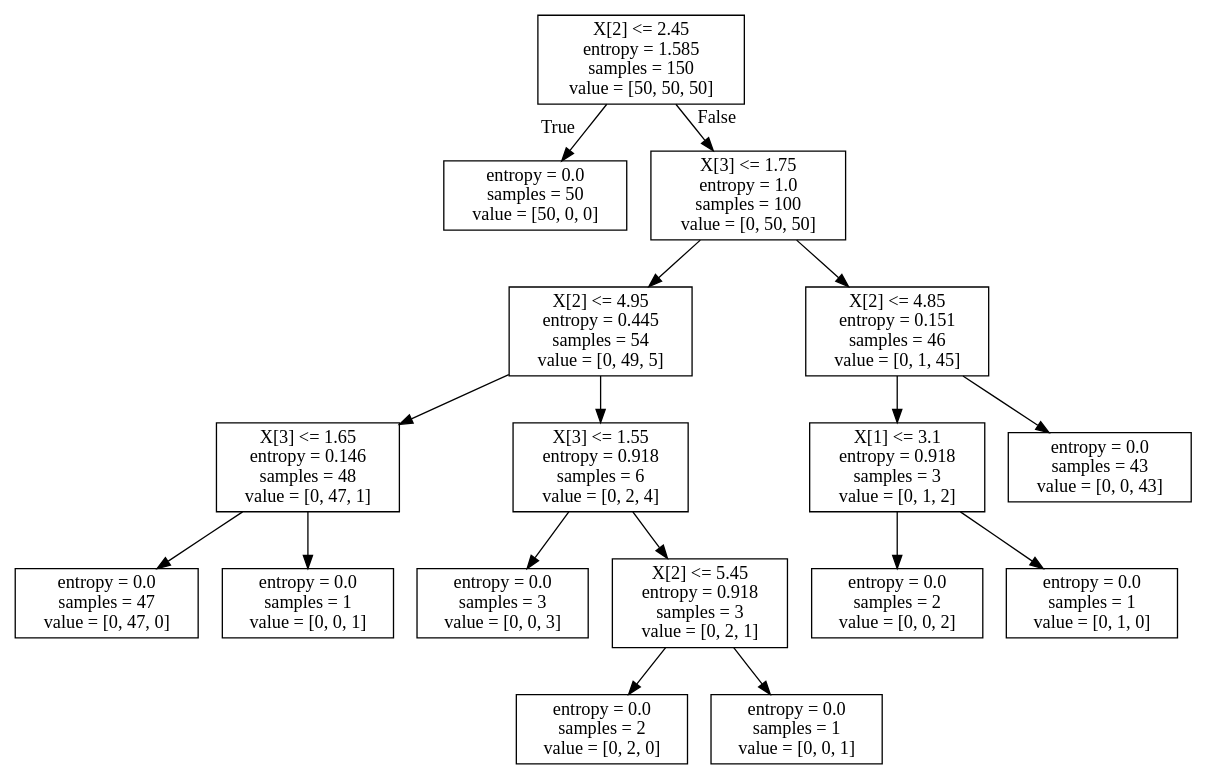
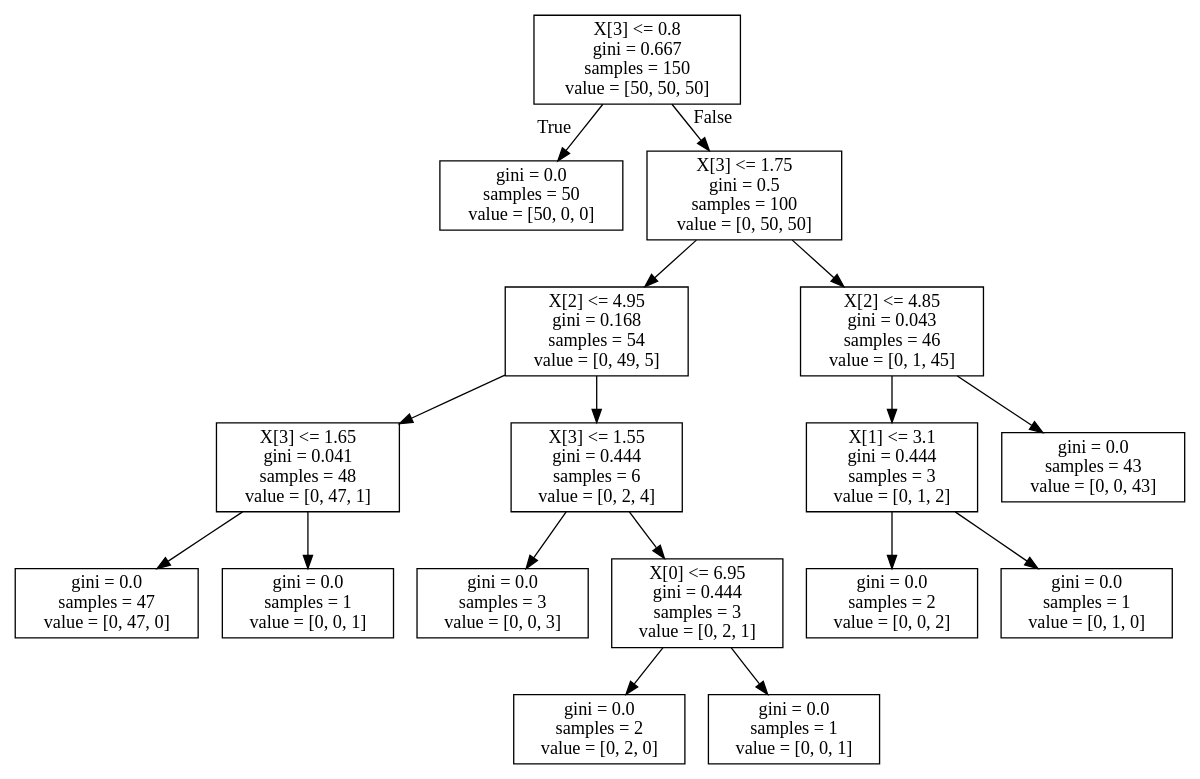
One commit to caobinxin/AiLearningAlgorithm changed the diagram in 01.decision_tree/code/0_DT_Tree/tree.dot. Above: the diagram before and after it, drawn with Graphviz. The commit also changed 38 other files, not shown here.

```diff
--- a/01.decision_tree/code/0_DT_Tree/tree.dot
+++ b/01.decision_tree/code/0_DT_Tree/tree.dot
@@ -1,36 +1,36 @@
 digraph Tree {
 node [shape=box] ;
-0 [label="X[2] <= 2.45\nentropy = 1.585\nsamples = 150\nvalue = [50, 50, 50]"] ;
-1 [label="entropy = 0.0\nsamples = 50\nvalue = [50, 0, 0]"] ;
+0 [label="X[3] <= 0.8\ngini = 0.667\nsamples = 150\nvalue = [50, 50, 50]"] ;
+1 [label="gini = 0.0\nsamples = 50\nvalue = [50, 0, 0]"] ;
 0 -> 1 [labeldistance=2.5, labelangle=45, headlabel="True"] ;
-2 [label="X[3] <= 1.75\nentropy = 1.0\nsamples = 100\nvalue = [0, 50, 50]"] ;
+2 [label="X[3] <= 1.75\ngini = 0.5\nsamples = 100\nvalue = [0, 50, 50]"] ;
 0 -> 2 [labeldistance=2.5, labelangle=-45, headlabel="False"] ;
-3 [label="X[2] <= 4.95\nentropy = 0.445\nsamples = 54\nvalue = [0, 49, 5]"] ;
+3 [label="X[2] <= 4.95\ngini = 0.168\nsamples = 54\nvalue = [0, 49, 5]"] ;
 2 -> 3 ;
-4 [label="X[3] <= 1.65\nentropy = 0.146\nsamples = 48\nvalue = [0, 47, 1]"] ;
+4 [label="X[3] <= 1.65\ngini = 0.041\nsamples = 48\nvalue = [0, 47, 1]"] ;
 3 -> 4 ;
-5 [label="entropy = 0.0\nsamples = 47\nvalue = [0, 47, 0]"] ;
+5 [label="gini = 0.0\nsamples = 47\nvalue = [0, 47, 0]"] ;
 4 -> 5 ;
-6 [label="entropy = 0.0\nsamples = 1\nvalue = [0, 0, 1]"] ;
+6 [label="gini = 0.0\nsamples = 1\nvalue = [0, 0, 1]"] ;
 4 -> 6 ;
-7 [label="X[3] <= 1.55\nentropy = 0.918\nsamples = 6\nvalue = [0, 2, 4]"] ;
+7 [label="X[3] <= 1.55\ngini = 0.444\nsamples = 6\nvalue = [0, 2, 4]"] ;
 3 -> 7 ;
-8 [label="entropy = 0.0\nsamples = 3\nvalue = [0, 0, 3]"] ;
+8 [label="gini = 0.0\nsamples = 3\nvalue = [0, 0, 3]"] ;
 7 -> 8 ;
-9 [label="X[2] <= 5.45\nentropy = 0.918\nsamples = 3\nvalue = [0, 2, 1]"] ;
+9 [label="X[0] <= 6.95\ngini = 0.444\nsamples = 3\nvalue = [0, 2, 1]"] ;
 7 -> 9 ;
-10 [label="entropy = 0.0\nsamples = 2\nvalue = [0, 2, 0]"] ;
+10 [label="gini = 0.0\nsamples = 2\nvalue = [0, 2, 0]"] ;
 9 -> 10 ;
-11 [label="entropy = 0.0\nsamples = 1\nvalue = [0, 0, 1]"] ;
+11 [label="gini = 0.0\nsamples = 1\nvalue = [0, 0, 1]"] ;
 9 -> 11 ;
-12 [label="X[2] <= 4.85\nentropy = 0.151\nsamples = 46\nvalue = [0, 1, 45]"] ;
+12 [label="X[2] <= 4.85\ngini = 0.043\nsamples = 46\nvalue = [0, 1, 45]"] ;
 2 -> 12 ;
-13 [label="X[1] <= 3.1\nentropy = 0.918\nsamples = 3\nvalue = [0, 1, 2]"] ;
+13 [label="X[1] <= 3.1\ngini = 0.444\nsamples = 3\nvalue = [0, 1, 2]"] ;
 12 -> 13 ;
-14 [label="entropy = 0.0\nsamples = 2\nvalue = [0, 0, 2]"] ;
+14 [label="gini = 0.0\nsamples = 2\nvalue = [0, 0, 2]"] ;
 13 -> 14 ;
-15 [label="entropy = 0.0\nsamples = 1\nvalue = [0, 1, 0]"] ;
+15 [label="gini = 0.0\nsamples = 1\nvalue = [0, 1, 0]"] ;
 13 -> 15 ;
-16 [label="entropy = 0.0\nsamples = 43\nvalue = [0, 0, 43]"] ;
+16 [label="gini = 0.0\nsamples = 43\nvalue = [0, 0, 43]"] ;
 12 -> 16 ;
 }
```
